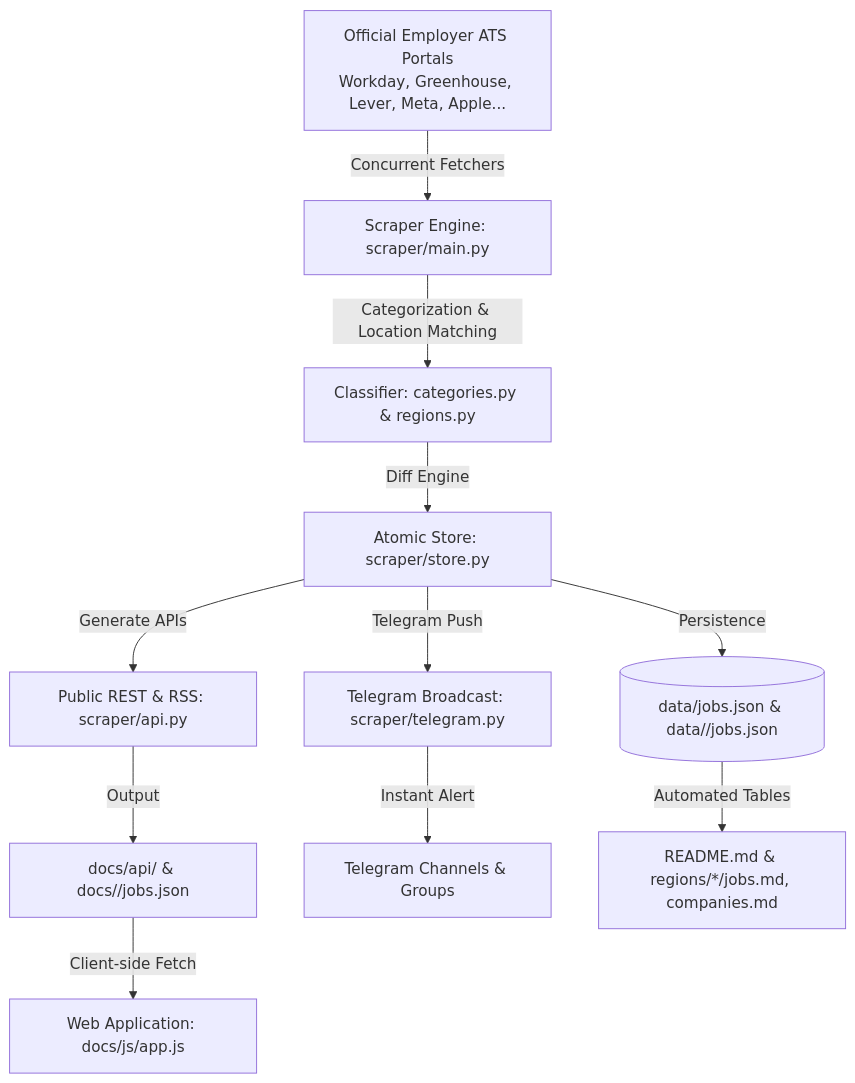
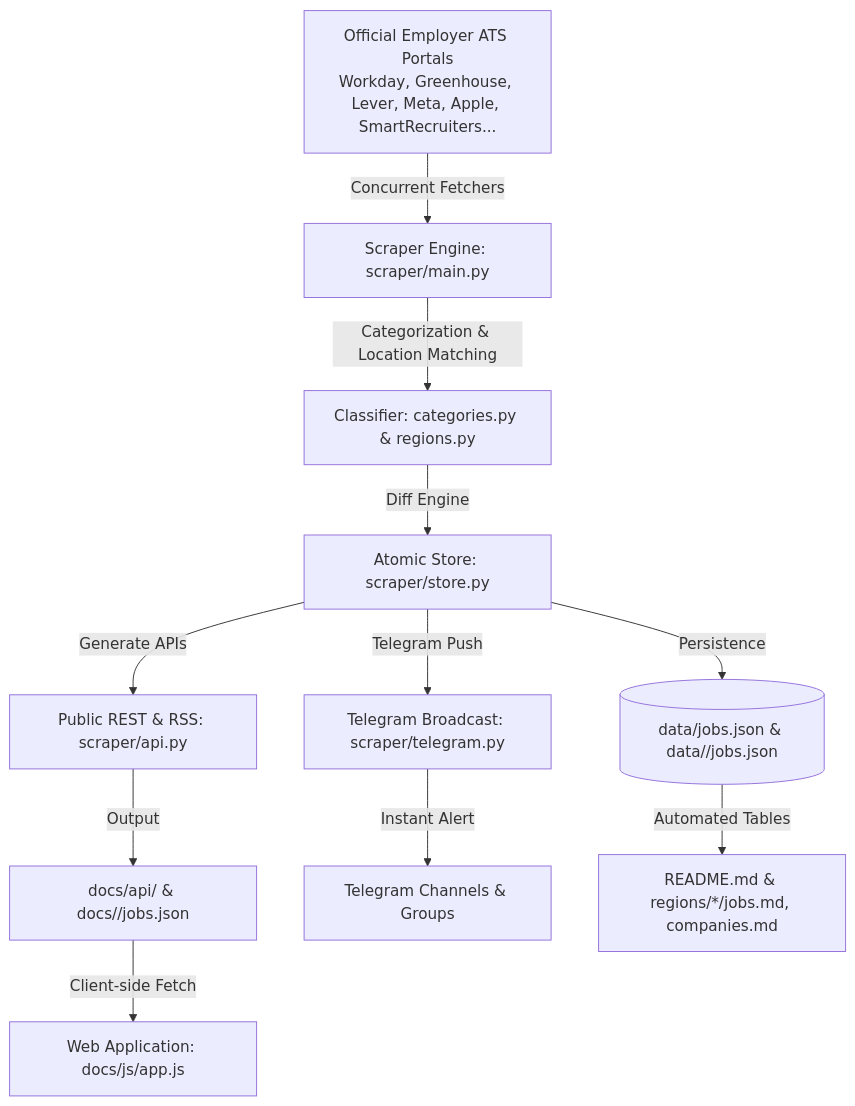
Before and after one commit to vishnunandan555/internscan: the diagram in ARCHITECTURE.md, drawn with Mermaid. The commit also changed other lines of this file and 15 other files, not shown here.

````diff
--- a/ARCHITECTURE.md
+++ b/ARCHITECTURE.md
@@ -9,13 +9,13 @@
 ```mermaid
 graph TD
-    A[Official Employer ATS Portals<br>Workday, Greenhouse, Lever, Meta, Apple...] -->|Concurrent Fetchers| B[Scraper Engine: scraper/main.py]
+    A[Official Employer ATS Portals<br>Workday, Greenhouse, Lever, Meta, Apple, SmartRecruiters...] -->|Concurrent Fetchers| B[Scraper Engine: scraper/main.py]
     B -->|Categorization & Location Matching| C[Classifier: categories.py & regions.py]
     C -->|Diff Engine| D[Atomic Store: scraper/store.py]
     D -->|Persistence| E[(data/jobs.json & data/<country>/jobs.json)]
     D -->|Generate APIs| F[Public REST & RSS: scraper/api.py]
     F -->|Output| G[docs/api/ & docs/<country>/jobs.json]
     D -->|Telegram Push| H[Telegram Broadcast: scraper/telegram.py]
     H -->|Instant Alert| I[Telegram Channels & Groups]
     G -->|Client-side Fetch| J[Web Application: docs/js/app.js]
     E -->|Automated Tables| K[README.md & regions/*/jobs.md, companies.md]
 ```
````
